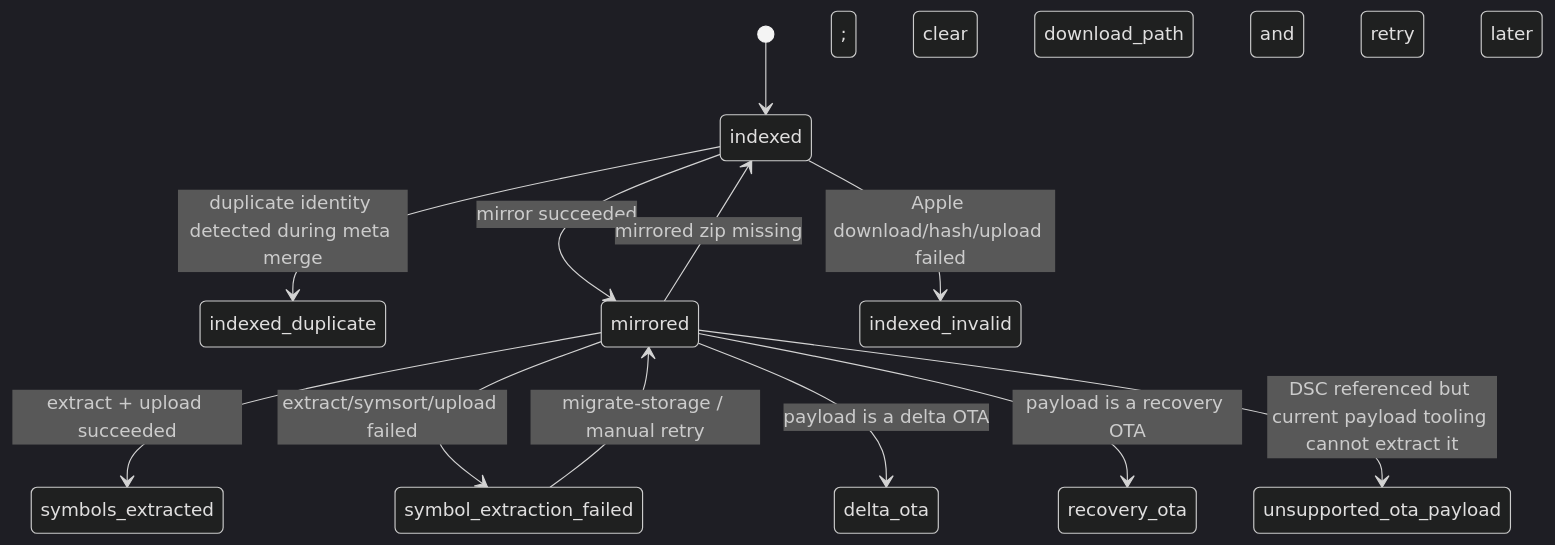
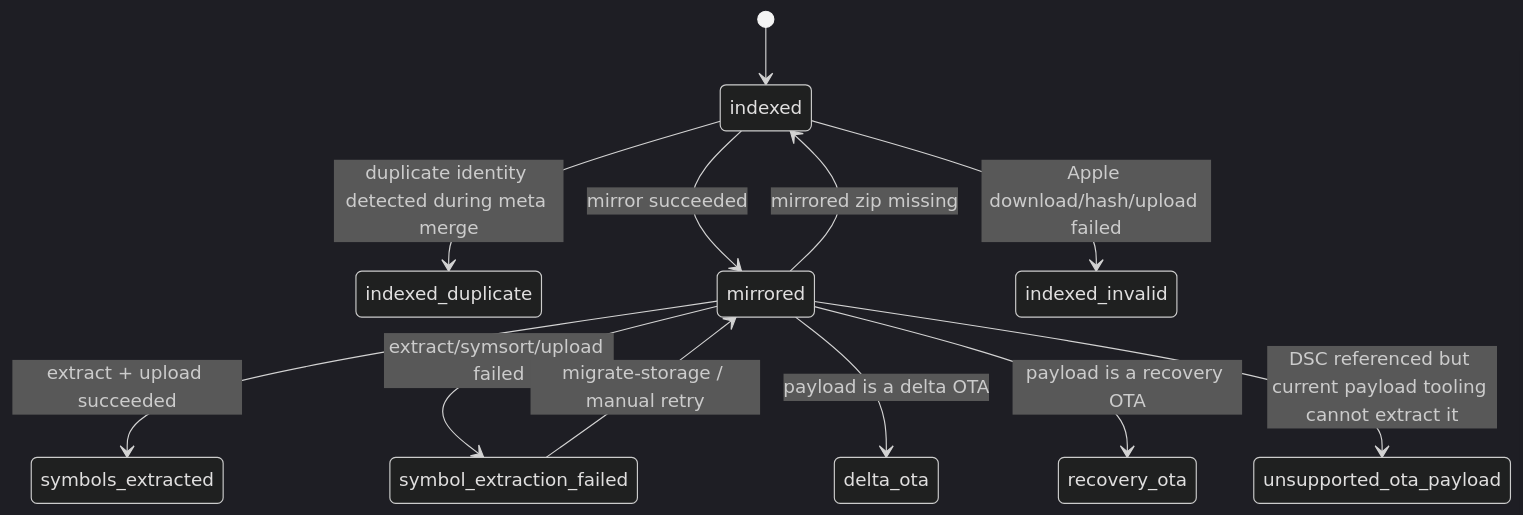
The second of 2 diagrams in docs/architecture.md (getsentry/symx), drawn with Mermaid (dark theme) before and after one commit.

Commit message:
Remove redundant text that also renders incorrectly

````diff
--- a/docs/architecture.md
+++ b/docs/architecture.md
@@ -401,17 +401,17 @@
 ```mermaid
 stateDiagram-v2
     [*] --> indexed
 
     indexed --> indexed_duplicate: duplicate identity detected during meta merge
     indexed --> mirrored: mirror succeeded
     indexed --> indexed_invalid: Apple download/hash/upload failed
 
     mirrored --> symbols_extracted: extract + upload succeeded
     mirrored --> symbol_extraction_failed: extract/symsort/upload failed
     mirrored --> delta_ota: payload is a delta OTA
     mirrored --> recovery_ota: payload is a recovery OTA
     mirrored --> unsupported_ota_payload: DSC referenced but current payload tooling cannot extract it
-    mirrored --> indexed: mirrored zip missing; clear download_path and retry later
+    mirrored --> indexed: mirrored zip missing
 
     symbol_extraction_failed --> mirrored: migrate-storage / manual retry
 ```
````
